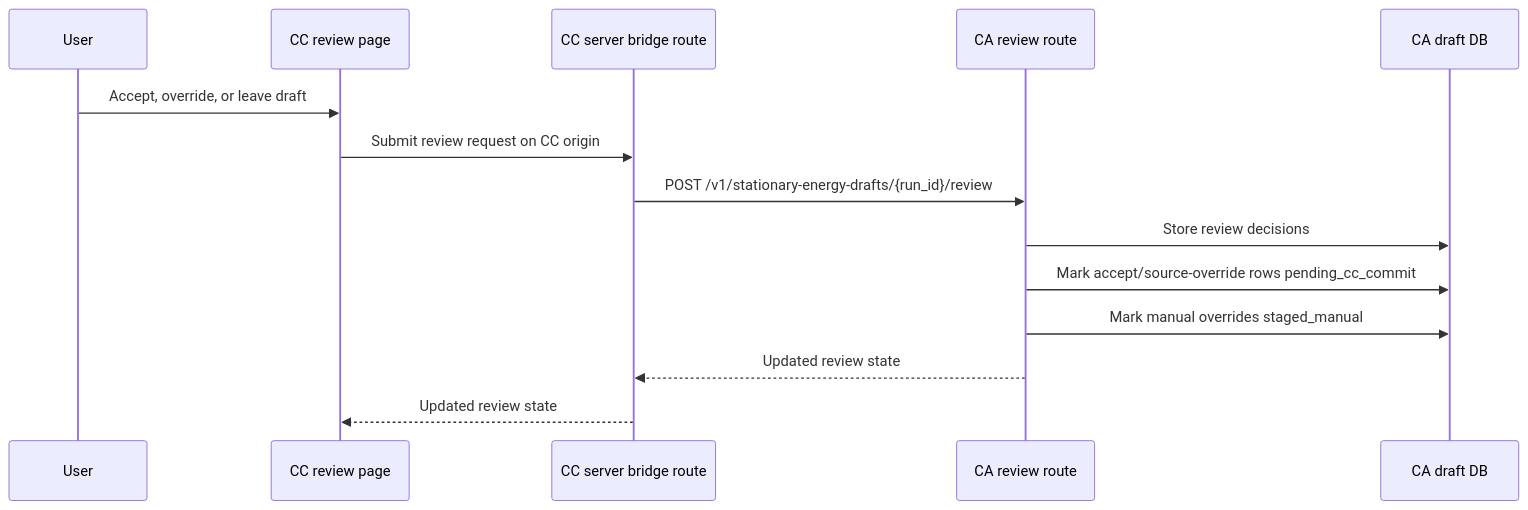
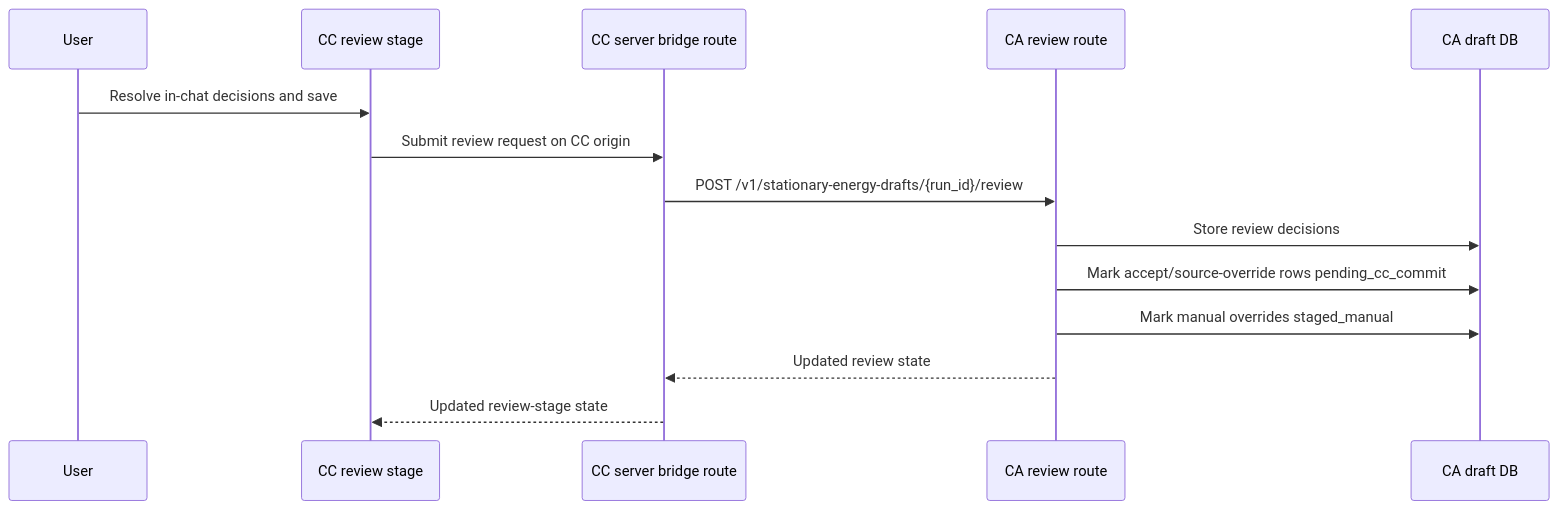
Before and after one commit to Open-Earth-Foundation/CityCatalyst: the third of 6 diagrams in docs/plan.md, drawn with Mermaid. The commit also changed other lines of this file and 33 other files, not shown here.

````diff
--- a/docs/plan.md
+++ b/docs/plan.md
@@ -399,17 +418,17 @@
 ```mermaid
 sequenceDiagram
   participant User
-  participant CCReview as CC review page
+  participant CCReview as CC review stage
   participant CCRoute as CC server bridge route
   participant CA as CA review route
   participant CADB as CA draft DB
 
-  User->>CCReview: Accept, override, or leave draft
+  User->>CCReview: Resolve in-chat decisions and save
   CCReview->>CCRoute: Submit review request on CC origin
   CCRoute->>CA: POST /v1/stationary-energy-drafts/{run_id}/review
   CA->>CADB: Store review decisions
   CA->>CADB: Mark accept/source-override rows pending_cc_commit
   CA->>CADB: Mark manual overrides staged_manual
   CA-->>CCRoute: Updated review state
-  CCRoute-->>CCReview: Updated review state
+  CCRoute-->>CCReview: Updated review-stage state
 ```
````
